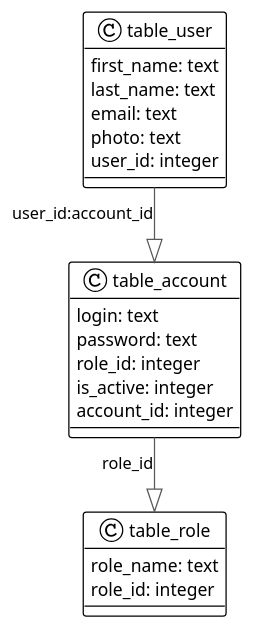
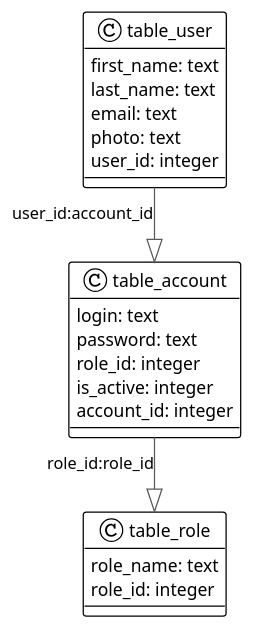
One commit to it-top-shambala/UserManager changed the diagram in SQL/db_diagram.plantuml. Above: the diagram before and after it, drawn with PlantUML.

```diff
--- a/SQL/db_diagram.plantuml
+++ b/SQL/db_diagram.plantuml
@@ -1,28 +1,28 @@
 @startuml
 
 !theme plain
 top to bottom direction
 skinparam linetype ortho
 
 class table_account {
    login: text
    password: text
    role_id: integer
    is_active: integer
    account_id: integer
 }
 class table_role {
    role_name: text
    role_id: integer
 }
 class table_user {
    first_name: text
    last_name: text
    email: text
    photo: text
    user_id: integer
 }
 
-table_account  -[#595959,plain]-^  table_role    : "role_id"
+table_account  -[#595959,plain]-^  table_role    : "role_id:role_id"
 table_user     -[#595959,plain]-^  table_account : "user_id:account_id"
 @enduml
```
